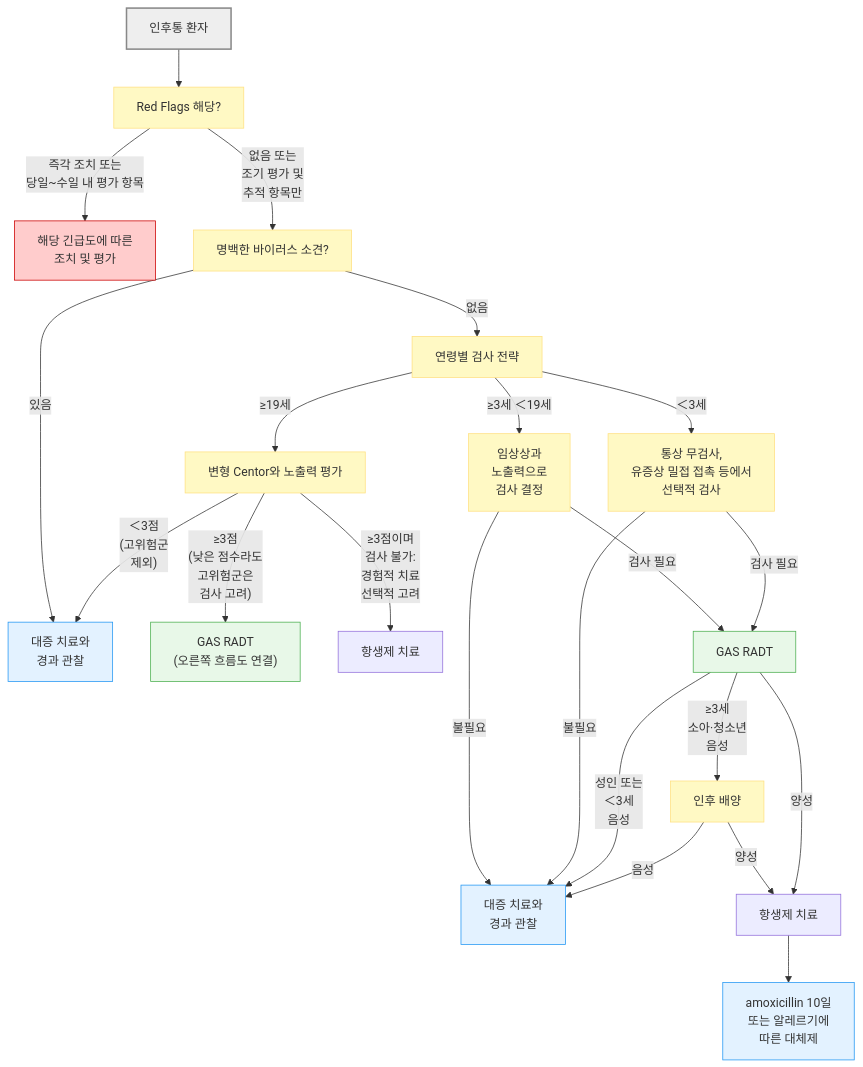
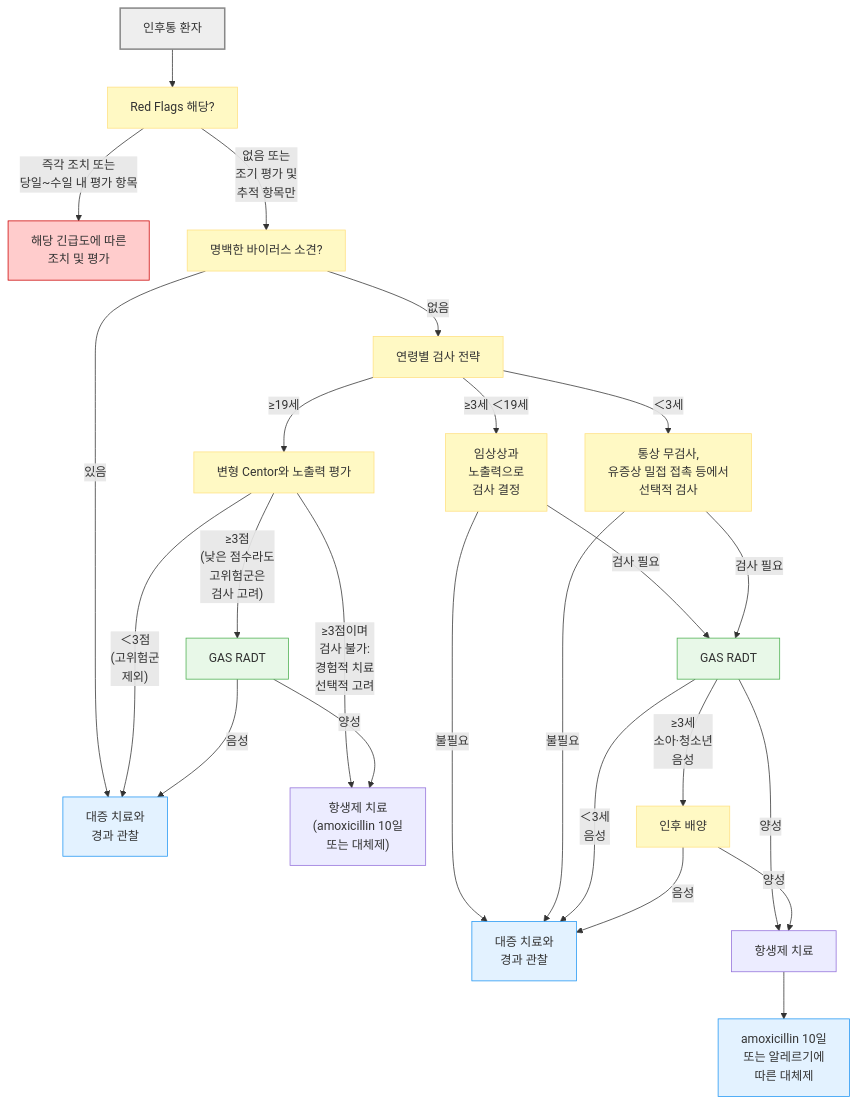
The diagram in 223_/061_-acute-pharyngitis.md (familyoh77/familyoh77), drawn with Mermaid before and after one commit. The commit also changed other lines of this file, not shown here.

````diff
--- a/223_/061_-acute-pharyngitis.md
+++ b/223_/061_-acute-pharyngitis.md
@@ -175,33 +175,35 @@
 ```mermaid
 graph TD
     A["인후통 환자"] --> B["Red Flags 해당?"]
     B -->|"즉각 조치 또는 <br/>당일~수일 내 평가 항목"| C["해당 긴급도에 따른 <br/>조치 및 평가"]
     B -->|"없음 또는 <br/>조기 평가 및 <br/>추적 항목만"| D["명백한 바이러스 소견?"]
     D -->|있음| E0["대증 치료와 <br/>경과 관찰"]
     D -->|없음| F["연령별 검사 전략"]
     F -->|≥19세| G["변형 Centor와 노출력 평가"]
     G -->|"＜3점<br/>(고위험군 <br/>제외)"| E0
-    G -->|"≥3점<br/>(낮은 점수라도 <br/>고위험군은 <br/>검사 고려)"| H0["GAS RADT<br/>(오른쪽 흐름도 연결)"]
-    G -->|"≥3점이며 <br/>검사 불가: <br/>경험적 치료 <br/>선택적 고려"| I0["항생제 치료"]
+    G -->|"≥3점<br/>(낮은 점수라도 <br/>고위험군은 <br/>검사 고려)"| H0["GAS RADT"]
+    G -->|"≥3점이며 <br/>검사 불가: <br/>경험적 치료 <br/>선택적 고려"| I0["항생제 치료 <br/>(amoxicillin 10일 <br/>또는 대체제)"]
+    H0 -->|양성| I0
+    H0 -->|음성| E0
     F -->|"≥3세 ＜19세"| J["임상상과 <br/>노출력으로 <br/>검사 결정"]
     J -->|검사 필요| H["GAS RADT"]
     J -->|불필요| E["대증 치료와 <br/>경과 관찰"]
     F -->|＜3세| K["통상 무검사, <br/>유증상 밀접 접촉 등에서 <br/>선택적 검사"]
     K -->|검사 필요| H
     K -->|불필요| E
-    H -->|"성인 또는 <br/>＜3세 <br/>음성"| E
+    H -->|양성| I["항생제 치료"]
+    H -->|"＜3세 <br/>음성"| E
     H -->|"≥3세 <br/>소아·청소년 <br/>음성"| L["인후 배양"]
     L -->|양성| I
     L -->|음성| E
     I --> M["amoxicillin 10일 <br/>또는 알레르기에 <br/>따른 대체제"]
-    H -->|양성| I["항생제 치료"]
 
     style A fill:#eeeeee,stroke:#888888,stroke-width:2px
     classDef y fill:#fff9c4,stroke:#ffe082
     class B,D,F,G,J,K,L y
     style C fill:#ffcccc,stroke:#cc0000
     classDef p fill:#e3f2ff,stroke:#2196f3
     class E,E0,M p
     classDef lightGreen fill:#e8f8e8,stroke:#4caf50
     class H,H0 lightGreen
 ```
````
